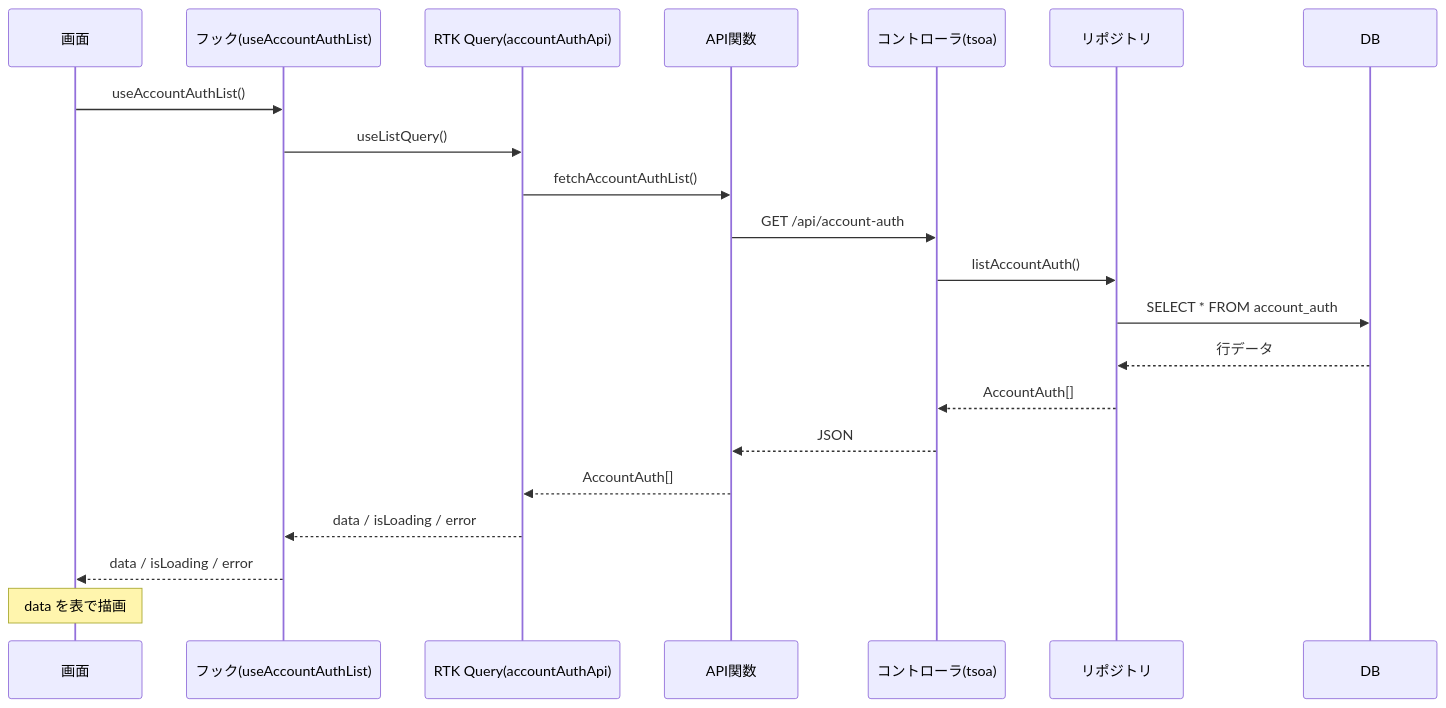
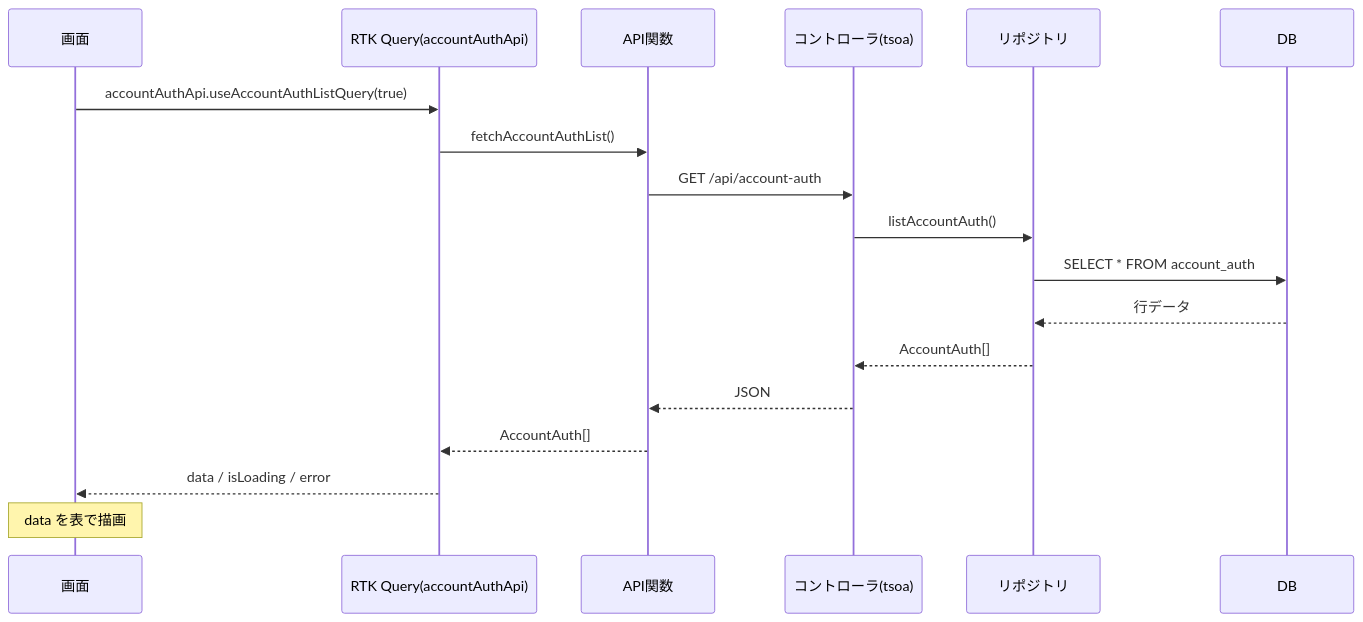
The second of 2 diagrams in docs/画面実装パターン.md (katsya1117/dmt), drawn with Mermaid before and after one commit. The commit also changed other lines of this file and 24 other files, not shown here.

````diff
--- a/docs/画面実装パターン.md
+++ b/docs/画面実装パターン.md
@@ -53,24 +52,21 @@
 ```mermaid
 sequenceDiagram
   participant P as 画面
-  participant H as フック(useAccountAuthList)
   participant Q as RTK Query(accountAuthApi)
   participant A as API関数
   participant C as コントローラ(tsoa)
   participant Repo as リポジトリ
   participant D as DB
 
-  P->>H: useAccountAuthList()
-  H->>Q: useListQuery()
+  P->>Q: accountAuthApi.useAccountAuthListQuery(true)
   Q->>A: fetchAccountAuthList()
   A->>C: GET /api/account-auth
   C->>Repo: listAccountAuth()
   Repo->>D: SELECT * FROM account_auth
   D-->>Repo: 行データ
   Repo-->>C: AccountAuth[]
   C-->>A: JSON
   A-->>Q: AccountAuth[]
-  Q-->>H: data / isLoading / error
-  H-->>P: data / isLoading / error
+  Q-->>P: data / isLoading / error
   Note over P: data を表で描画
 ```
````
